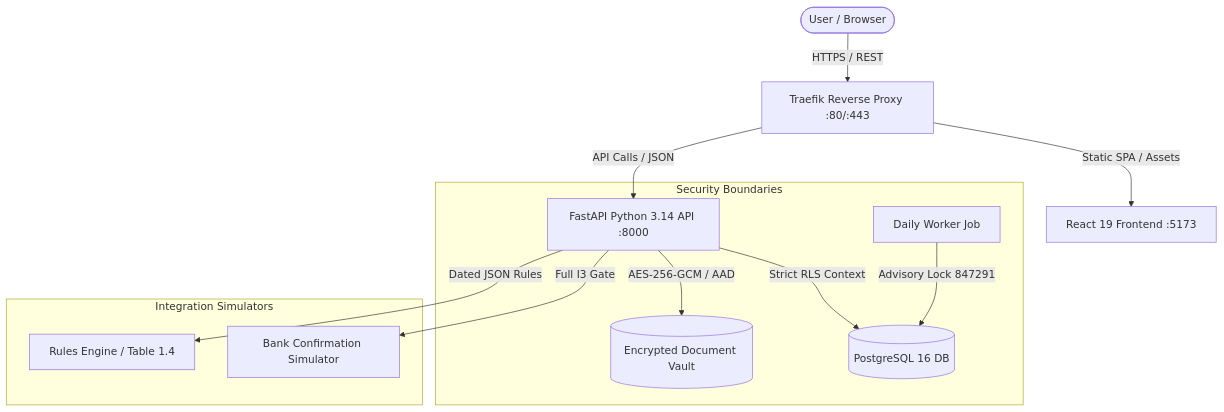
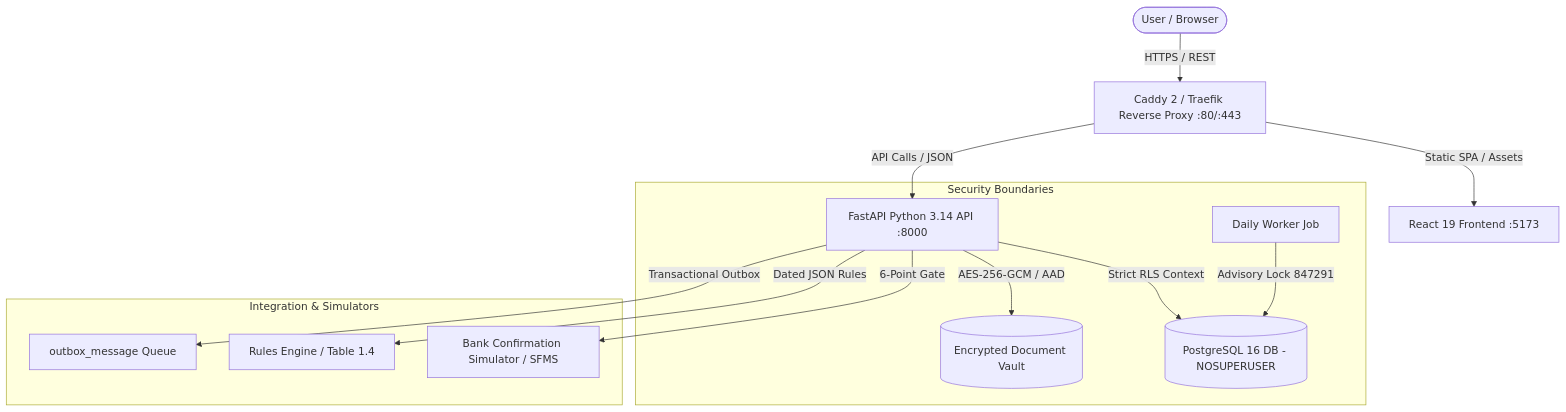
The diagram in docs/ARCHITECTURE.md (Sidd2721/AICTE-), drawn with Mermaid before and after one commit. The commit also changed other lines of this file and 7 other files, not shown here.

Commit message:
docs: add comprehensive architecture diagrams, on-ground reality research, and enterprise specs

````diff
--- a/docs/ARCHITECTURE.md
+++ b/docs/ARCHITECTURE.md
@@ -11,17 +18,18 @@
 ```mermaid
-graph TD
-    User([User / Browser]) -->|HTTPS / REST| Traefik[Traefik Reverse Proxy :80/:443]
-    Traefik -->|Static SPA / Assets| Frontend[React 19 Frontend :5173]
-    Traefik -->|API Calls / JSON| Backend[FastAPI Python 3.14 API :8000]
+flowchart TD
+    User([User / Browser]) -->|HTTPS / REST| Ingress[Caddy 2 / Traefik Reverse Proxy :80/:443]
+    Ingress -->|Static SPA / Assets| Frontend[React 19 Frontend :5173]
+    Ingress -->|API Calls / JSON| Backend[FastAPI Python 3.14 API :8000]
 
     subgraph Security Boundaries
-        Backend -->|Strict RLS Context| PG[(PostgreSQL 16 DB)]
+        Backend -->|Strict RLS Context| PG[(PostgreSQL 16 DB - NOSUPERUSER)]
         Backend -->|AES-256-GCM / AAD| Vault[(Encrypted Document Vault)]
         Worker[Daily Worker Job] -->|Advisory Lock 847291| PG
     end
 
-    subgraph Integration Simulators
-        Backend -->|Full I3 Gate| BankSim[Bank Confirmation Simulator]
+    subgraph Integration & Simulators
+        Backend -->|6-Point Gate| BankSim[Bank Confirmation Simulator / SFMS]
         Backend -->|Dated JSON Rules| RulesEngine[Rules Engine / Table 1.4]
+        Backend -->|Transactional Outbox| Outbox[outbox_message Queue]
     end
 ```
````
